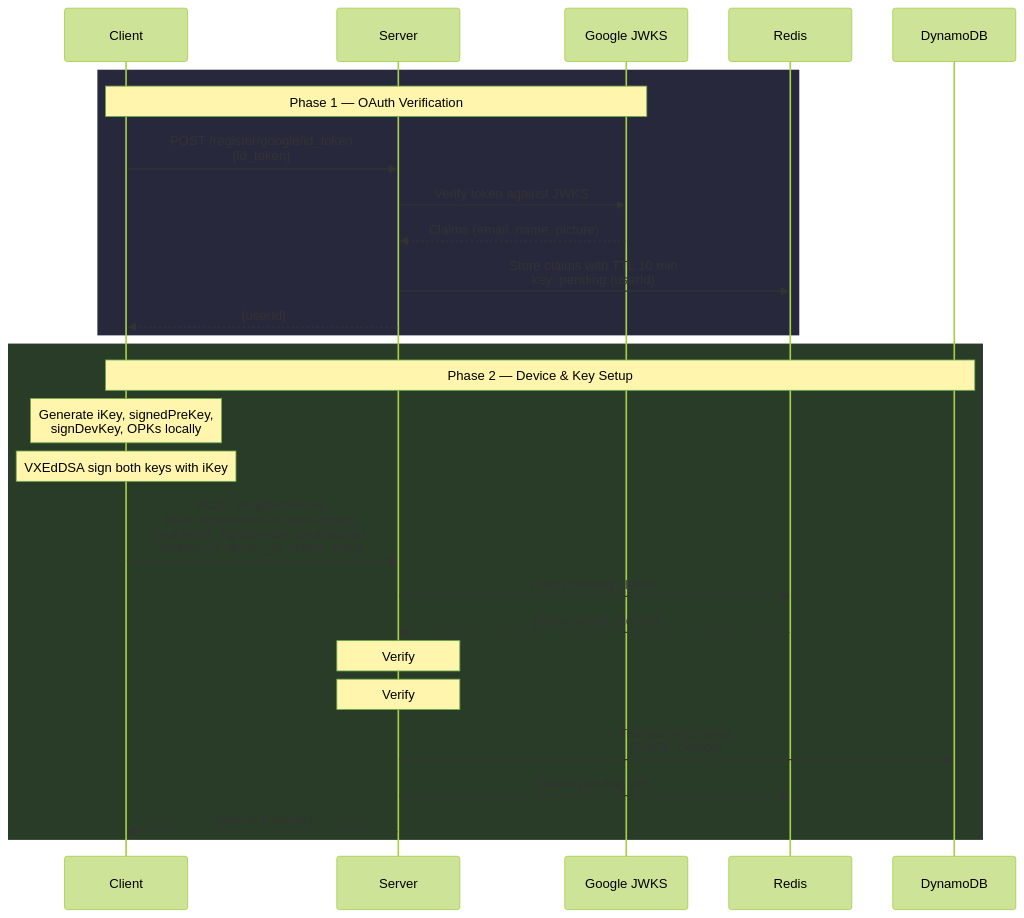
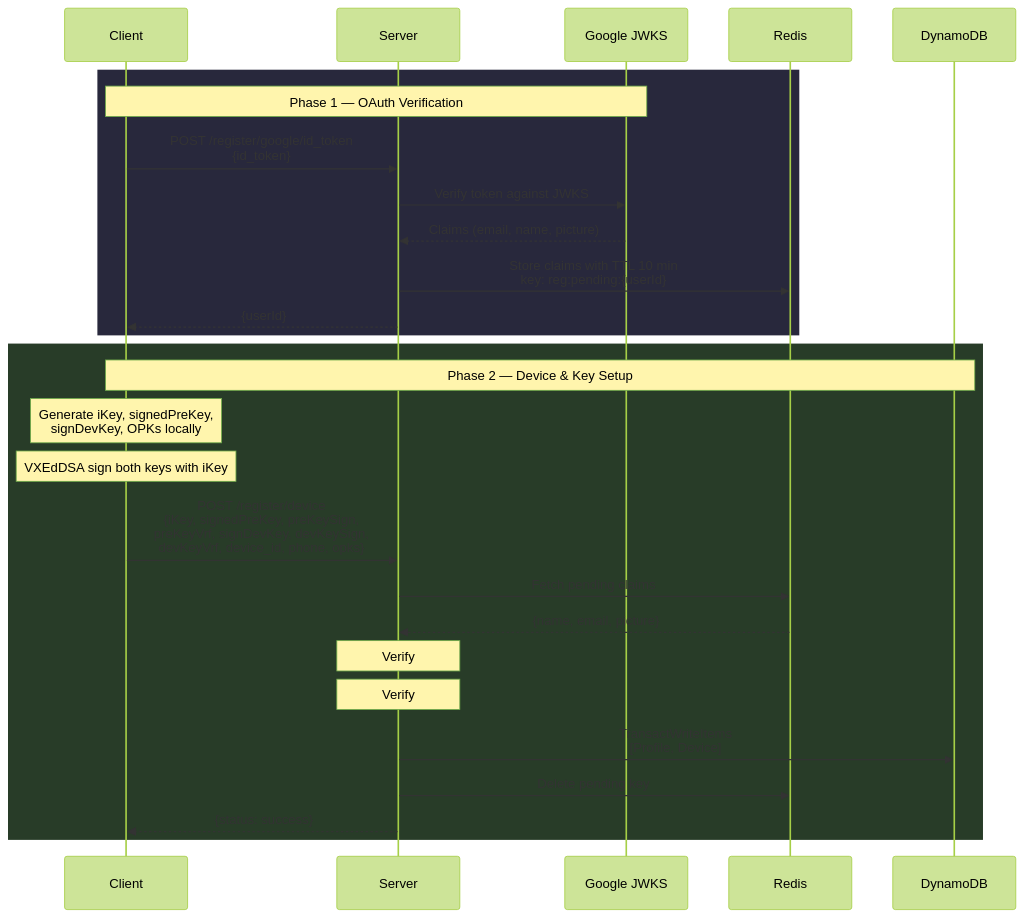
One commit to debarkamondal/khamoshchat-api changed the first of 2 diagrams in docs/architecture.md. Above: the diagram before and after it, drawn with Mermaid (forest theme). The commit also changed 2 other files, not shown here.

Commit message:
chore: tighten auth drift threshold and update API/architecture documentation specifications

````diff
--- a/docs/architecture.md
+++ b/docs/architecture.md
@@ -61,31 +61,31 @@
 ```mermaid
 sequenceDiagram
     participant C as Client
     participant S as Server
     participant G as Google JWKS
     participant R as Redis
     participant D as DynamoDB
 
     rect rgb(40, 40, 60)
     Note over C,G: Phase 1 — OAuth Verification
     C->>S: POST /register/google/id_token<br/>{id_token}
     S->>G: Verify token against JWKS
     G-->>S: Claims (email, name, picture)
-    S->>R: Store claims with TTL 10 min<br/>key: pending:{userId}
+    S->>R: Store claims with TTL 10 min<br/>key: reg:pending:{userId}
     S-->>C: {userId}
     end
 
     rect rgb(40, 60, 40)
     Note over C,D: Phase 2 — Device & Key Setup
     Note over C: Generate iKey, signedPreKey,<br/>signDevKey, OPKs locally
     Note over C: VXEdDSA sign both keys with iKey
     C->>S: POST /register/device<br/>{iKey, signedPreKey, preKeySign,<br/>preKeyVrf, signDevKey, devKeySign,<br/>devKeyVrf, device_id, phone, opks}
     S->>R: Fetch pending claims
     R-->>S: {name, email, picture}
     Note over S: Verify #1: signedPreKey sig + VRF
     Note over S: Verify #2: signDevKey sig + VRF
     S->>D: TransactWriteItems<br/>[Profile, Device]
     S->>R: Delete pending key
     S-->>C: {status: success}
     end
 ```
````
